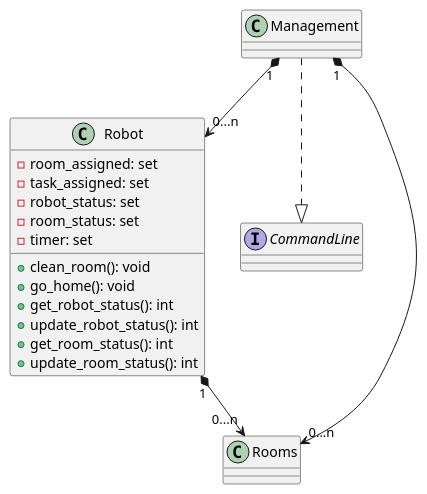
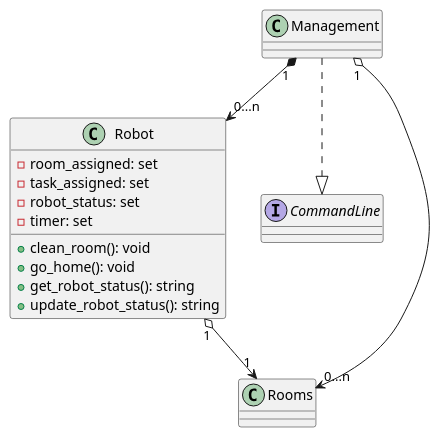
One commit to ur-cs-courses/course-project-krykna changed the diagram in docs/design/class_diagrams/robot_class_diagram.puml. Above: the diagram before and after it, drawn with PlantUML. The commit also changed 1 other file, not shown here.

Commit message:
Made corrections to robot class diagram and docs

```diff
--- a/docs/design/class_diagrams/robot_class_diagram.puml
+++ b/docs/design/class_diagrams/robot_class_diagram.puml
@@ -1,24 +1,20 @@
 @startuml
 class Robot {
   - room_assigned: set
   - task_assigned: set
   - robot_status: set
-  - room_status: set
   - timer: set
   
   + clean_room(): void
   + go_home(): void
-  + get_robot_status(): int
-  + update_robot_status(): int
-  + get_room_status(): int
-  + update_room_status(): int
-  
+  + get_robot_status(): string
+  + update_robot_status(): string
 }
 
 interface CommandLine {}
 
-Management "1" *--> "0...n" Rooms
+Management "1" o--> "0...n" Rooms
 Management "1" *--> "0...n" Robot
-Robot "1" *--> "0...n" Rooms
+Robot "1" o--> "1" Rooms
 Management ..|> CommandLine
 @enduml
```
